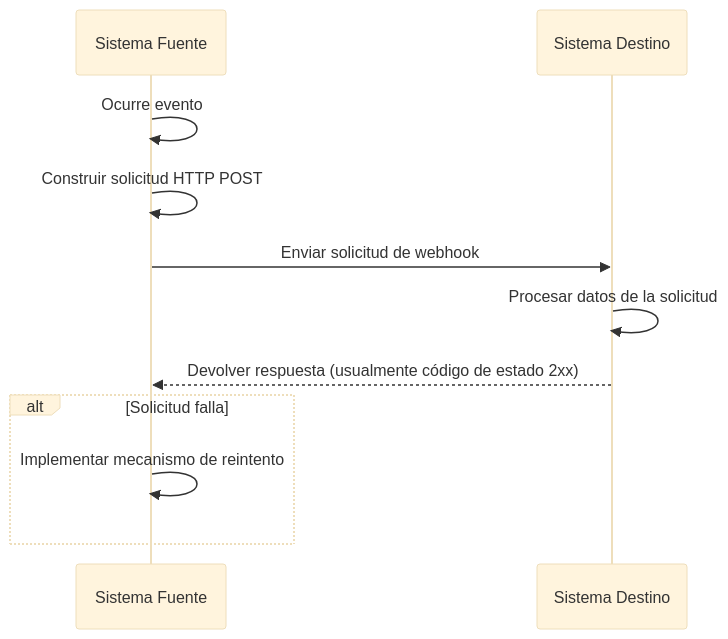
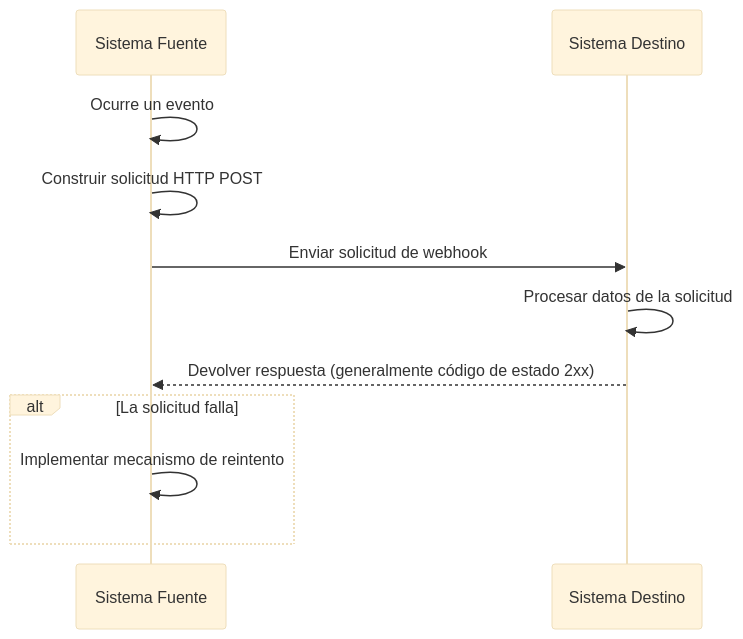
Before and after one commit to logto-io/auth-wiki: the first of 2 diagrams in src/content/terms/es/webhook.mdx, drawn with Mermaid (base theme). The commit also changed other lines of this file and 98 other files, not shown here.

````diff
--- a/src/content/terms/es/webhook.mdx
+++ b/src/content/terms/es/webhook.mdx
@@ -13,15 +13,15 @@
 ```mermaid
 sequenceDiagram
     participant Sistema Fuente
     participant Sistema Destino
     
-    Sistema Fuente->>Sistema Fuente: Ocurre evento
+    Sistema Fuente->>Sistema Fuente: Ocurre un evento
     Sistema Fuente->>Sistema Fuente: Construir solicitud HTTP POST
     Sistema Fuente->>Sistema Destino: Enviar solicitud de webhook
     Sistema Destino->>Sistema Destino: Procesar datos de la solicitud
-    Sistema Destino-->>Sistema Fuente: Devolver respuesta (usualmente código de estado 2xx)
+    Sistema Destino-->>Sistema Fuente: Devolver respuesta (generalmente código de estado 2xx)
     
-    alt Solicitud falla
+    alt La solicitud falla
         Sistema Fuente->>Sistema Fuente: Implementar mecanismo de reintento
     end
 ```
````
